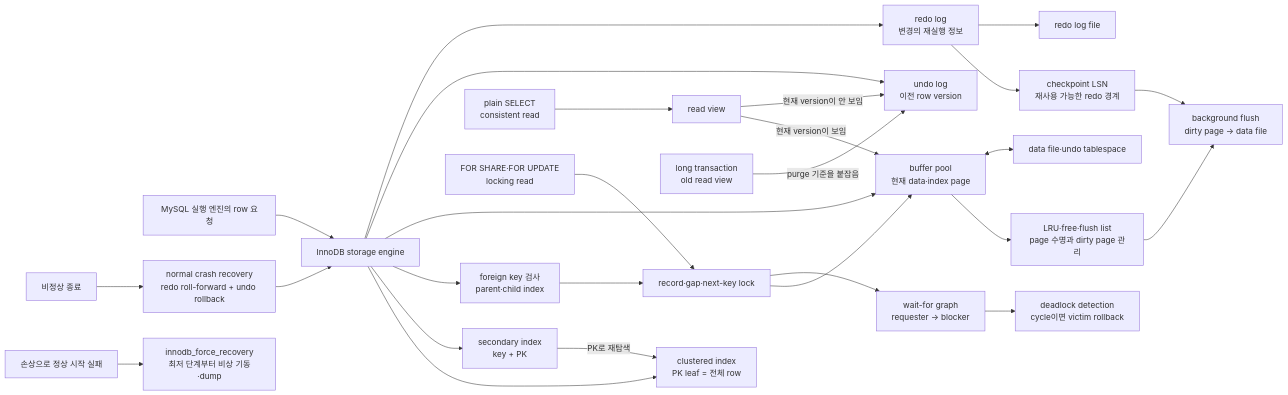
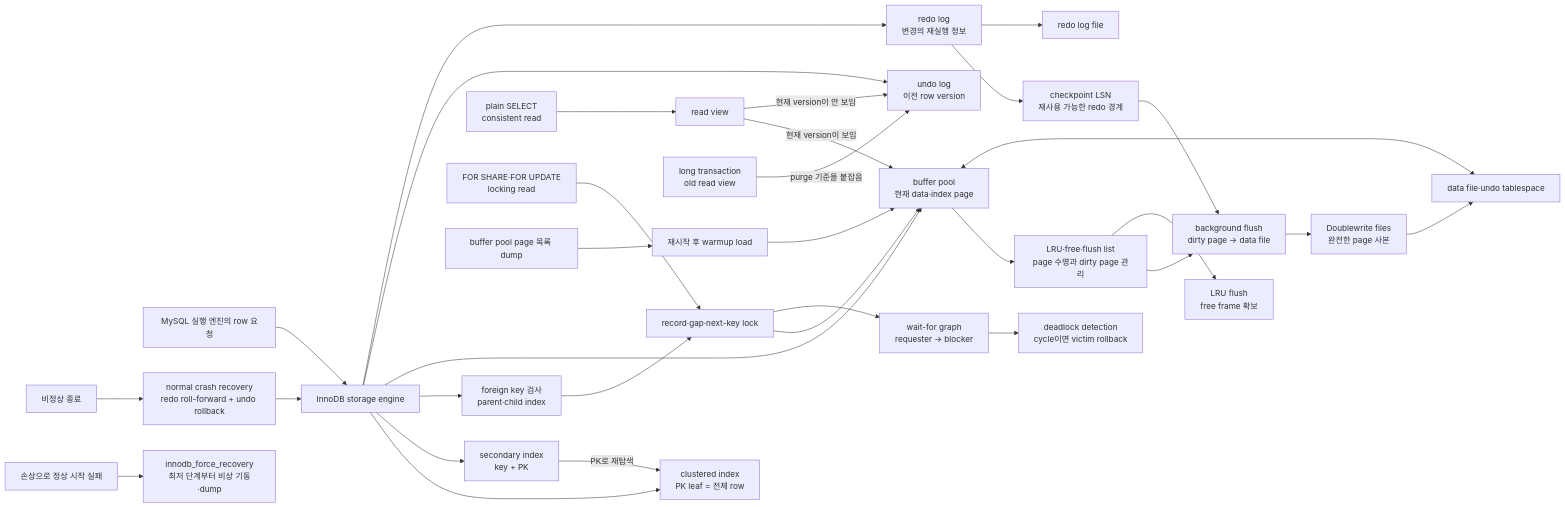
Before and after one commit to Hoya324/study-cs-obsidian: the first of 18 diagrams in 06-sources/reading-notes/real-mysql-8-0-1/04-아키텍쳐/4.2 InnoDB 스토리지 엔진 아키텍쳐.md, drawn with Mermaid. The commit also changed other lines of this file and 2 other files, not shown here.

Commit message:
study: summarize InnoDB flushing and doublewrite

````diff
--- a/06-sources/reading-notes/real-mysql-8-0-1/04-아키텍쳐/4.2 InnoDB 스토리지 엔진 아키텍쳐.md
+++ b/06-sources/reading-notes/real-mysql-8-0-1/04-아키텍쳐/4.2 InnoDB 스토리지 엔진 아키텍쳐.md
@@ -33,29 +33,34 @@
 ```mermaid
 flowchart LR
     SQL["MySQL 실행 엔진의 row 요청"] --> INNO["InnoDB storage engine"]
     INNO --> CI["clustered index<br/>PK leaf = 전체 row"]
     INNO --> SI["secondary index<br/>key + PK"]
     SI -->|"PK로 재탐색"| CI
     INNO --> FK["foreign key 검사<br/>parent·child index"]
     FK --> LOCK["record·gap·next-key lock"]
     INNO --> BP["buffer pool<br/>현재 data·index page"]
     INNO --> UNDO["undo log<br/>이전 row version"]
     INNO --> REDO["redo log<br/>변경의 재실행 정보"]
     CR["plain SELECT<br/>consistent read"] --> RV["read view"]
     RV -->|"현재 version이 보임"| BP
     RV -->|"현재 version이 안 보임"| UNDO
     LR["FOR SHARE·FOR UPDATE<br/>locking read"] --> LOCK
     LOCK --> BP
     LOCK --> WFG["wait-for graph<br/>requester → blocker"]
     WFG --> DET["deadlock detection<br/>cycle이면 victim rollback"]
     LONG["long transaction<br/>old read view"] -->|"purge 기준을 붙잡음"| UNDO
     BP --> LIST["LRU·free·flush list<br/>page 수명과 dirty page 관리"]
     REDO --> CKPT["checkpoint LSN<br/>재사용 가능한 redo 경계"]
     LIST --> FLUSH["background flush<br/>dirty page → data file"]
     CKPT --> FLUSH
+    LIST --> LRUFLUSH["LRU flush<br/>free frame 확보"]
+    FLUSH --> DW["Doublewrite files<br/>완전한 page 사본"]
+    DW --> DISK
+    HOT["buffer pool page 목록 dump"] --> WARM["재시작 후 warmup load"]
+    WARM --> BP
     CRASH["비정상 종료"] --> REC["normal crash recovery<br/>redo roll-forward + undo rollback"]
     REC --> INNO
     CORRUPT["손상으로 정상 시작 실패"] --> FORCE["innodb_force_recovery<br/>최저 단계부터 비상 기동·dump"]
     BP <--> DISK["data file·undo tablespace"]
     REDO --> LOG["redo log file"]
 ```
````
